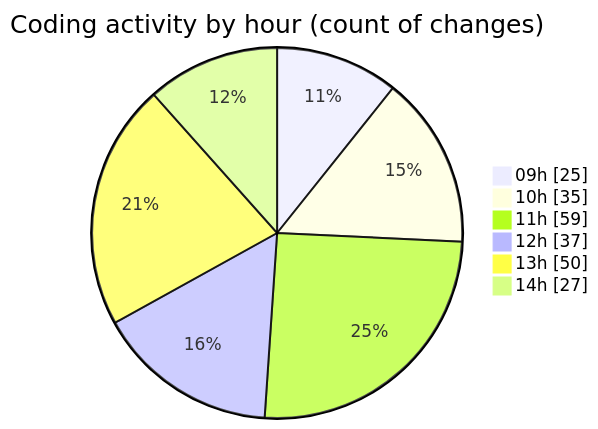
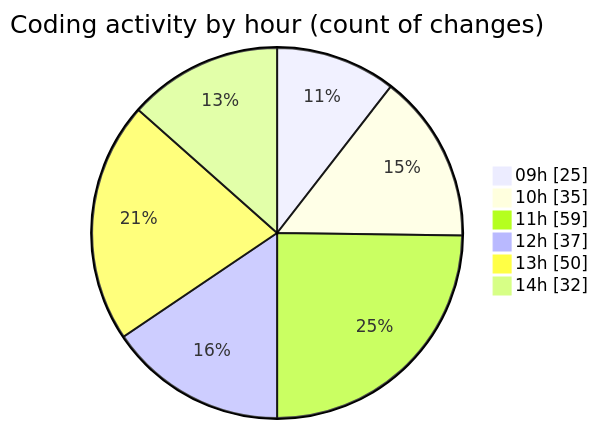
One commit to momahboobian/code-tracking changed the second of 2 diagrams in 2025-08-22/cda/README.md. Above: the diagram before and after it, drawn with Mermaid. The commit also changed other lines of this file and 1 other file, not shown here.

````diff
--- a/2025-08-22/cda/README.md
+++ b/2025-08-22/cda/README.md
@@ -52,10 +52,10 @@
 ```mermaid
 pie showData
 title Coding activity by hour (count of changes)
 "09h" : 25
 "10h" : 35
 "11h" : 59
 "12h" : 37
 "13h" : 50
-"14h" : 27
+"14h" : 32
 ```
````
